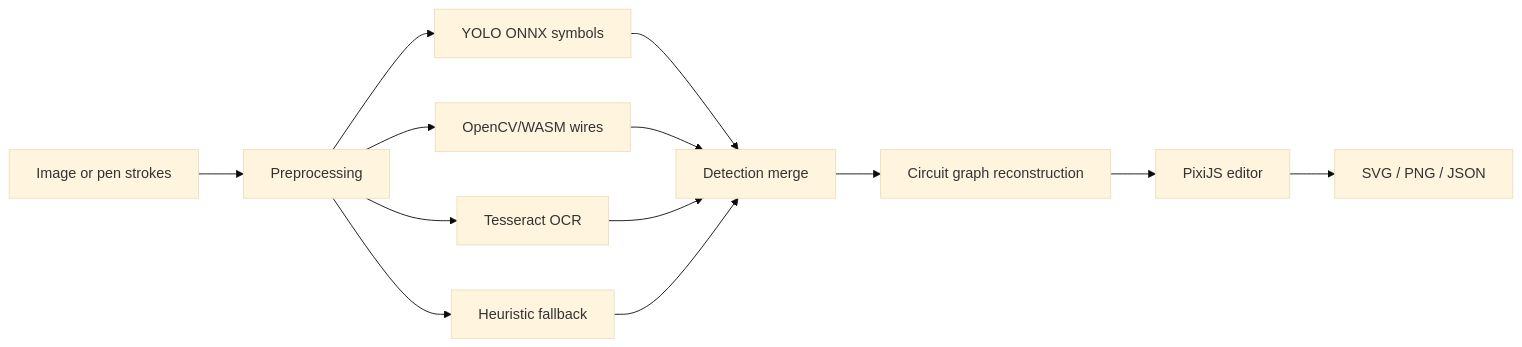
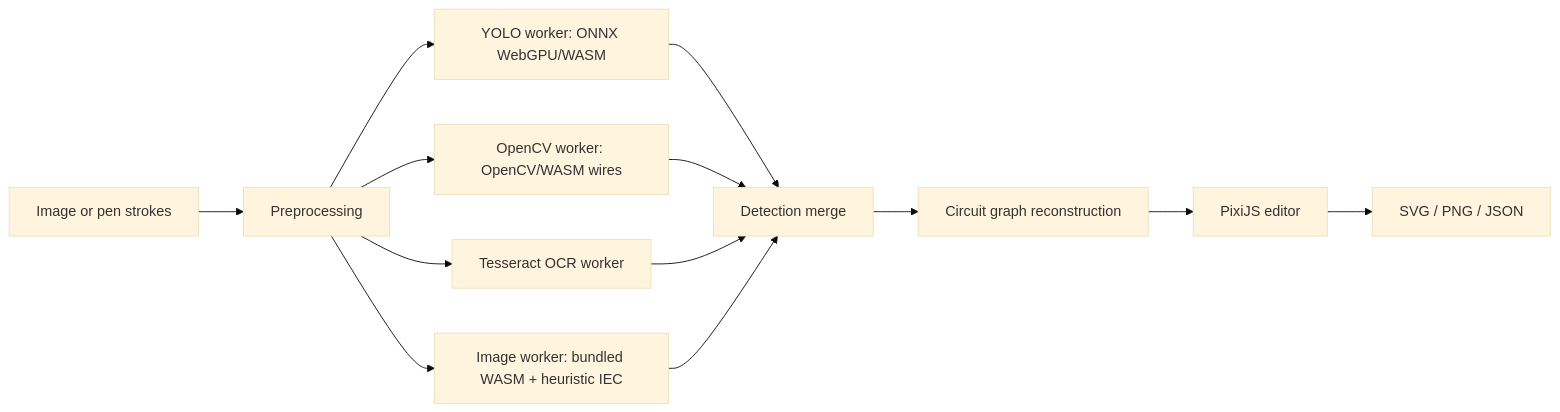
Before and after one commit to vitaliy-hnatyk/sketch2schematic-ai: the diagram in docs/architecture.md, drawn with Mermaid (base theme). The commit also changed other lines of this file and 102 other files, not shown here.

````diff
--- a/docs/architecture.md
+++ b/docs/architecture.md
@@ -5,15 +5,15 @@
 ```mermaid
 flowchart LR
   A[Image or pen strokes] --> B[Preprocessing]
-  B --> C1[YOLO ONNX symbols]
-  B --> C2[OpenCV/WASM wires]
-  B --> C3[Tesseract OCR]
-  B --> C4[Heuristic fallback]
+  B --> C1[YOLO worker: ONNX WebGPU/WASM]
+  B --> C2[OpenCV worker: OpenCV/WASM wires]
+  B --> C3[Tesseract OCR worker]
+  B --> C4[Image worker: bundled WASM + heuristic IEC]
   C1 --> D[Detection merge]
   C2 --> D
   C3 --> D
   C4 --> D
   D --> E[Circuit graph reconstruction]
   E --> F[PixiJS editor]
   F --> G[SVG / PNG / JSON]
 ```
````
